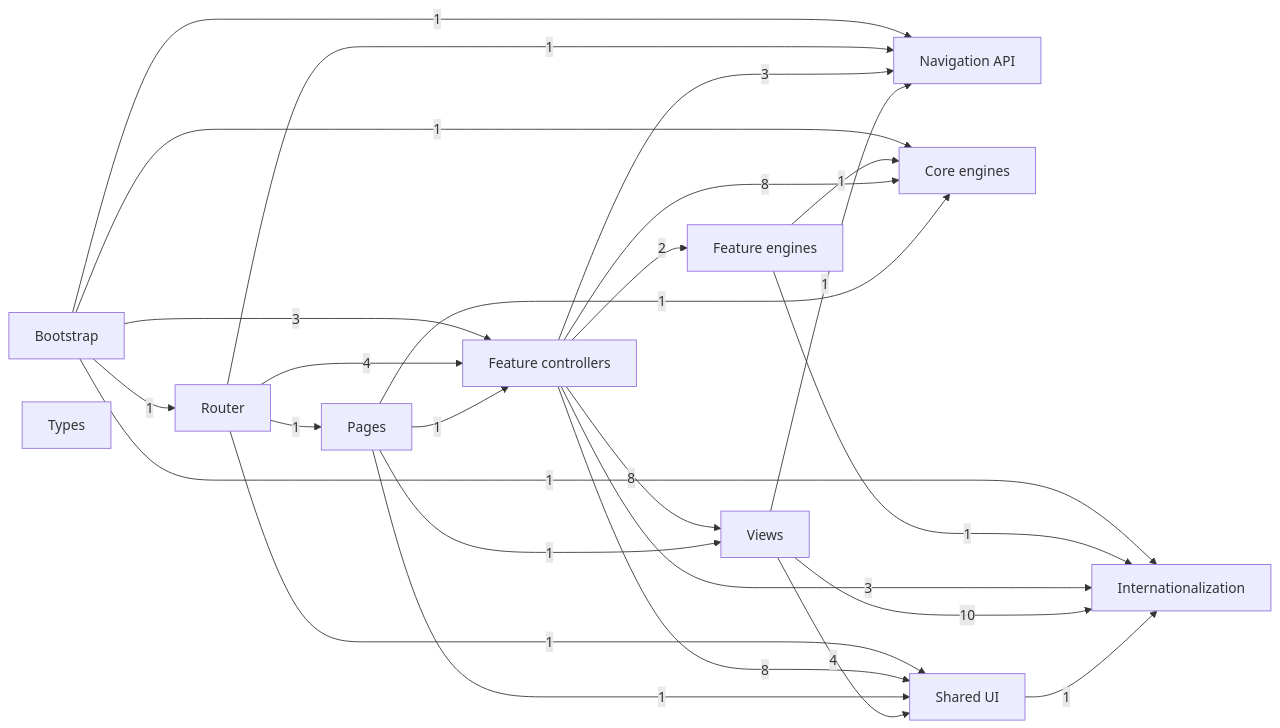
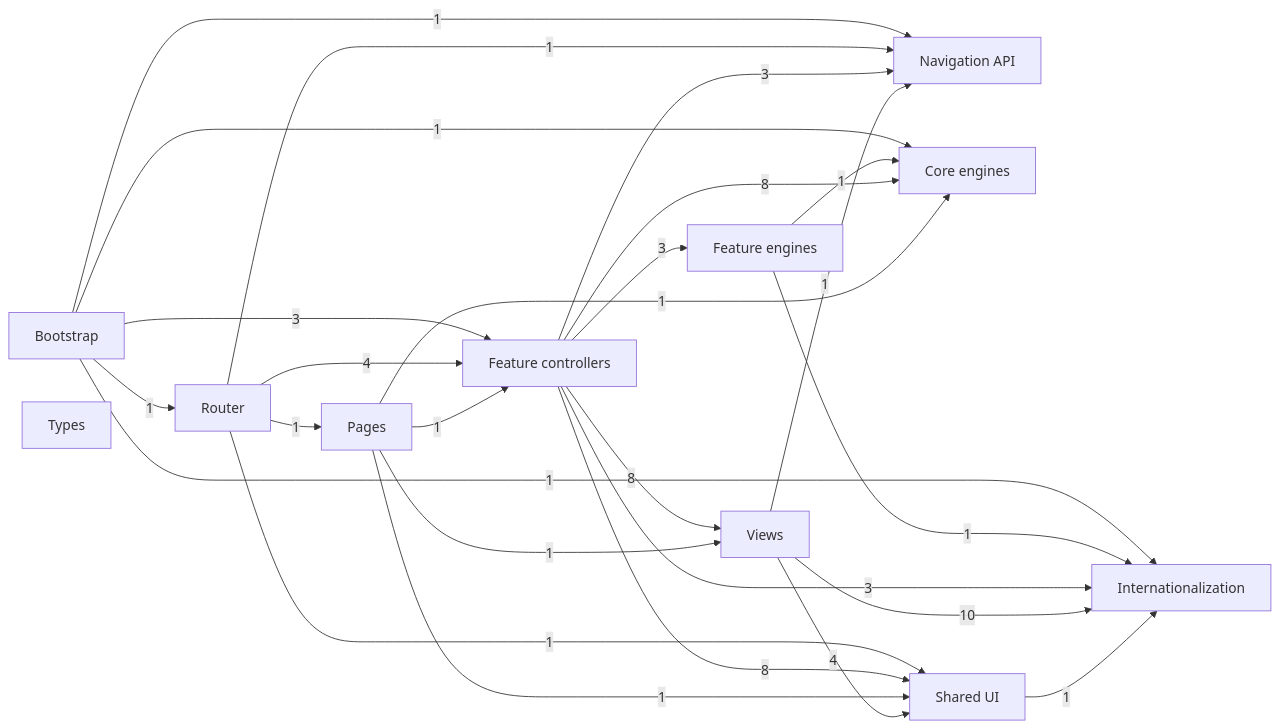
Before and after one commit to temsahak-rgb/Dino-5monde: the first of 11 diagrams in docs/dependency-graph.md, drawn with Mermaid. The commit also changed other lines of this file and 6 other files, not shown here.

````diff
--- a/docs/dependency-graph.md
+++ b/docs/dependency-graph.md
@@ -12,39 +12,39 @@
 ```mermaid
 flowchart LR
     G0["Bootstrap"]
     G1["Router"]
     G2["Navigation API"]
     G3["Core engines"]
     G4["Feature engines"]
     G5["Feature controllers"]
     G6["Pages"]
     G7["Views"]
     G8["Shared UI"]
     G9["Internationalization"]
     G10["Types"]
     G0 -->|1| G1
     G0 -->|1| G2
     G0 -->|1| G3
     G0 -->|3| G5
     G0 -->|1| G9
     G1 -->|1| G2
     G1 -->|4| G5
     G1 -->|1| G6
     G1 -->|1| G8
     G4 -->|1| G3
     G4 -->|1| G9
     G5 -->|3| G2
     G5 -->|8| G3
-    G5 -->|2| G4
+    G5 -->|3| G4
     G5 -->|8| G7
     G5 -->|8| G8
     G5 -->|3| G9
     G6 -->|1| G3
     G6 -->|1| G5
     G6 -->|1| G7
     G6 -->|1| G8
     G7 -->|1| G2
     G7 -->|4| G8
     G7 -->|10| G9
     G8 -->|1| G9
 ```
````
